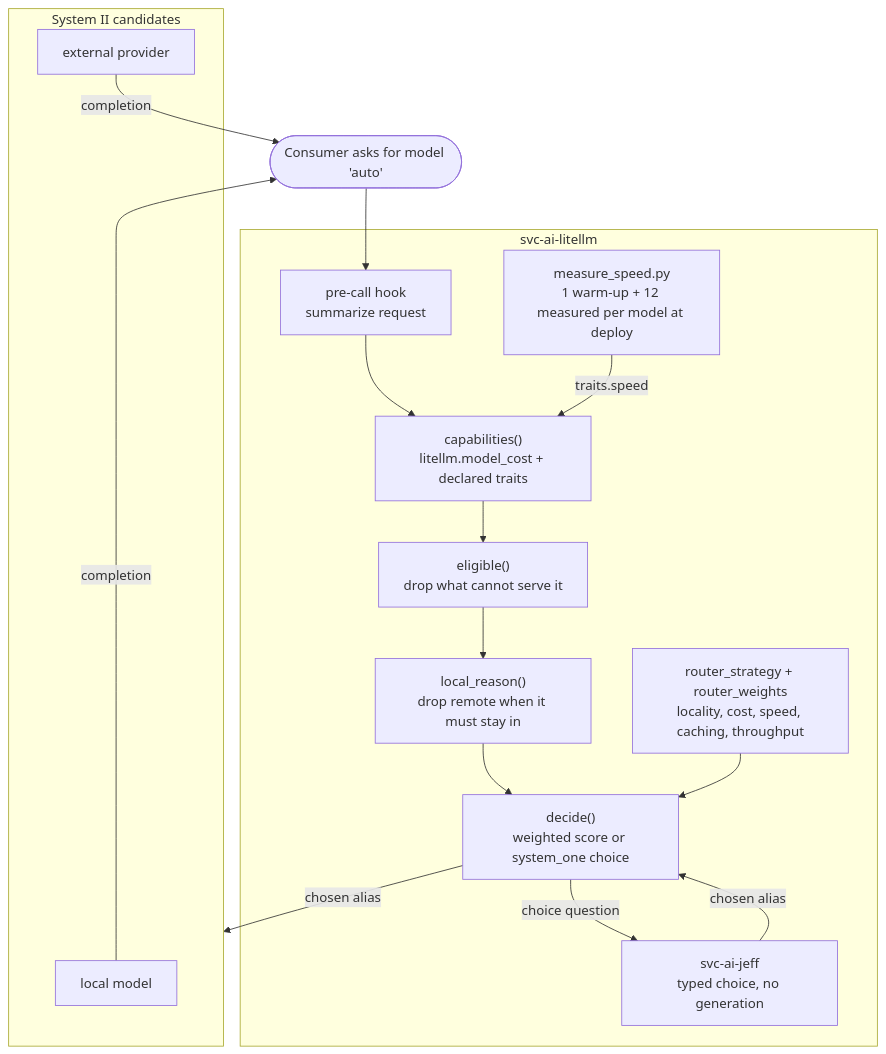
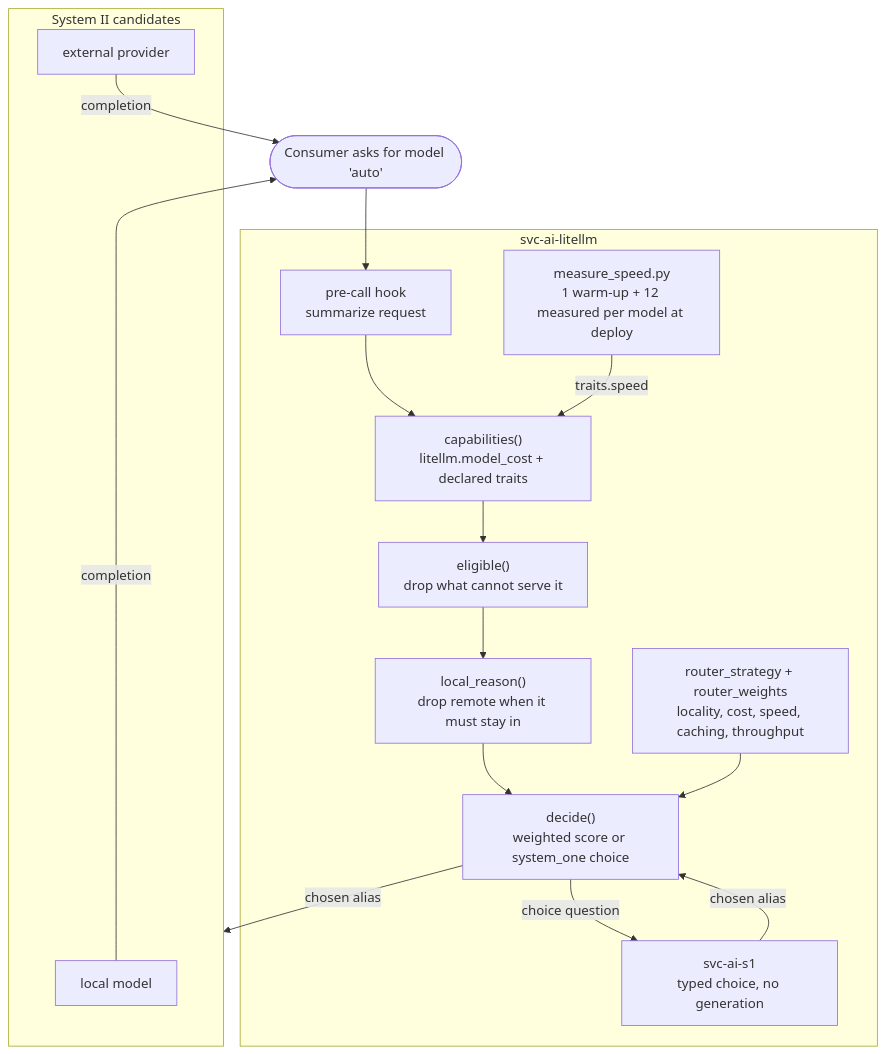
Before and after one commit to infinito-nexus/core: the diagram in docs/requirements/038-system-one-model-router.md, drawn with Mermaid. The commit also changed other lines of this file and 44 other files, not shown here.

````diff
--- a/docs/requirements/038-system-one-model-router.md
+++ b/docs/requirements/038-system-one-model-router.md
@@ -120,28 +120,28 @@
 ```mermaid
 flowchart TB
     consumer([Consumer asks for model 'auto'])
 
     subgraph gw["svc-ai-litellm"]
         hook["pre-call hook<br/>summarize request"]
         caps["capabilities()<br/>litellm.model_cost + declared traits"]
         elig["eligible()<br/>drop what cannot serve it"]
         keep["local_reason()<br/>drop remote when it must stay in"]
         dec["decide()<br/>weighted score or system_one choice"]
-        jeff["svc-ai-jeff<br/>typed choice, no generation"]
+        jeff["svc-ai-s1<br/>typed choice, no generation"]
         weights["router_strategy + router_weights<br/>locality, cost, speed, caching, throughput"]
         rates["measure_speed.py<br/>1 warm-up + 12 measured per model at deploy"]
     end
 
     subgraph sys2["System II candidates"]
         small["local model"]
         remote["external provider"]
     end
 
     consumer --> hook --> caps --> elig --> keep --> dec
     weights --> dec
     dec -->|choice question| jeff
     jeff -->|chosen alias| dec
     rates -->|traits.speed| caps
     dec -->|chosen alias| sys2
     small & remote -->|completion| consumer
 ```
````
